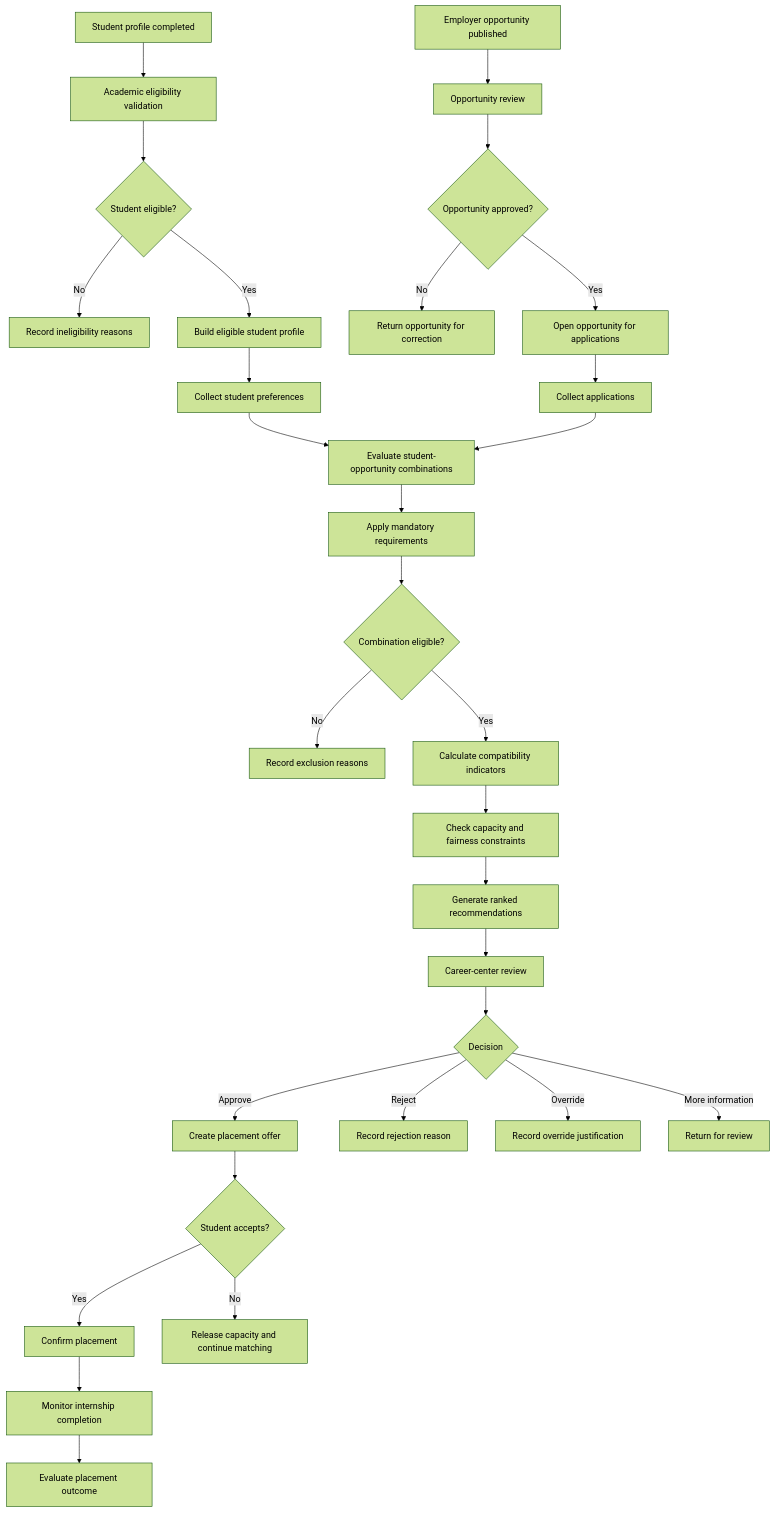
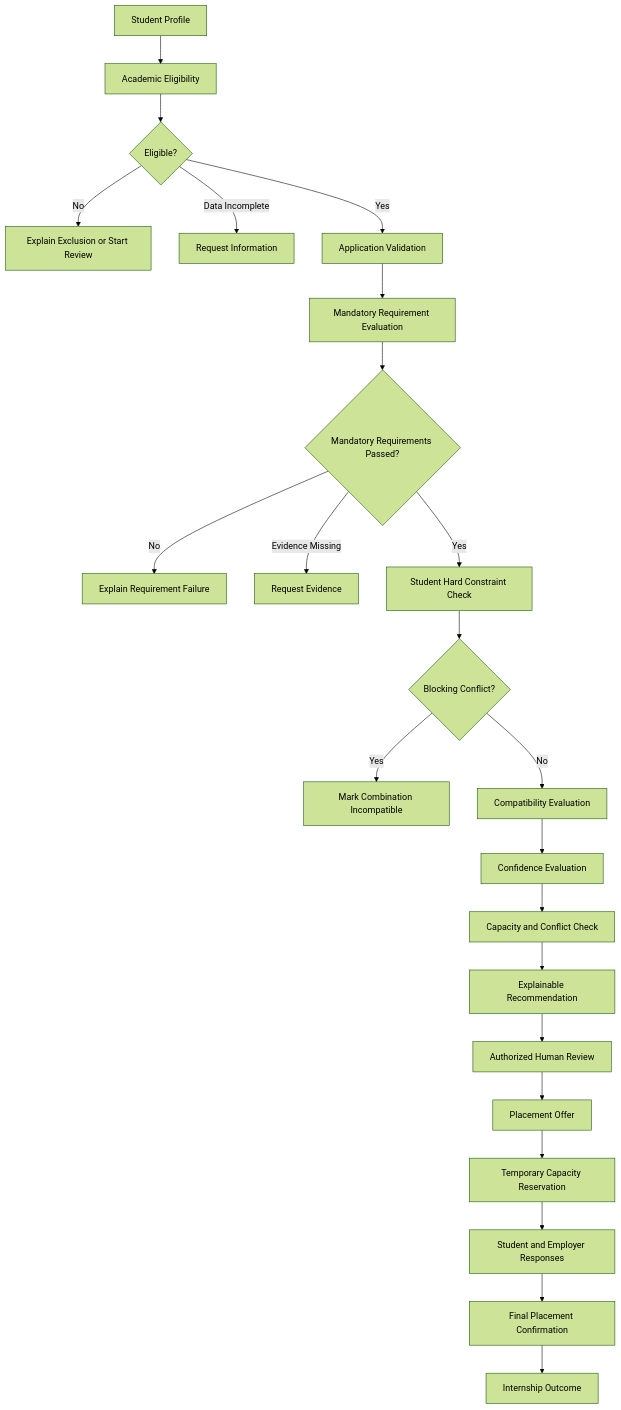
One commit to hasanerenakin/decision-systems-casebook changed the diagram in cases/02-internship-placement/README.md. Above: the diagram before and after it, drawn with Mermaid (forest theme). The commit also changed other lines of this file, not shown here.

````diff
--- a/cases/02-internship-placement/README.md
+++ b/cases/02-internship-placement/README.md
@@ -330,43 +111,30 @@
 ```mermaid
 flowchart TD
-    A[Student profile completed] --> B[Academic eligibility validation]
-    C[Employer opportunity published] --> D[Opportunity review]
+    A[Student Profile] --> B[Academic Eligibility]
+    B --> C{Eligible?}
 
-    B --> E{Student eligible?}
-    D --> F{Opportunity approved?}
+    C -- No --> D[Explain Exclusion or Start Review]
+    C -- Data Incomplete --> E[Request Information]
+    C -- Yes --> F[Application Validation]
 
-    E -- No --> G[Record ineligibility reasons]
-    F -- No --> H[Return opportunity for correction]
+    F --> G[Mandatory Requirement Evaluation]
+    G --> H{Mandatory Requirements Passed?}
 
-    E -- Yes --> I[Build eligible student profile]
-    F -- Yes --> J[Open opportunity for applications]
+    H -- No --> I[Explain Requirement Failure]
+    H -- Evidence Missing --> J[Request Evidence]
+    H -- Yes --> K[Student Hard Constraint Check]
 
-    I --> K[Collect student preferences]
-    J --> L[Collect applications]
+    K --> L{Blocking Conflict?}
+    L -- Yes --> M[Mark Combination Incompatible]
+    L -- No --> N[Compatibility Evaluation]
 
-    K --> M[Evaluate student-opportunity combinations]
-    L --> M
-
-    M --> N[Apply mandatory requirements]
-    N --> O{Combination eligible?}
-
-    O -- No --> P[Record exclusion reasons]
-    O -- Yes --> Q[Calculate compatibility indicators]
-
-    Q --> R[Check capacity and fairness constraints]
-    R --> S[Generate ranked recommendations]
-    S --> T[Career-center review]
-
-    T --> U{Decision}
-    U -- Approve --> V[Create placement offer]
-    U -- Reject --> W[Record rejection reason]
-    U -- Override --> X[Record override justification]
-    U -- More information --> Y[Return for review]
-
-    V --> Z{Student accepts?}
-    Z -- Yes --> AA[Confirm placement]
-    Z -- No --> AB[Release capacity and continue matching]
-
-    AA --> AC[Monitor internship completion]
-    AC --> AD[Evaluate placement outcome]
+    N --> O[Confidence Evaluation]
+    O --> P[Capacity and Conflict Check]
+    P --> Q[Explainable Recommendation]
+    Q --> R[Authorized Human Review]
+    R --> S[Placement Offer]
+    S --> T[Temporary Capacity Reservation]
+    T --> U[Student and Employer Responses]
+    U --> V[Final Placement Confirmation]
+    V --> W[Internship Outcome]
 ```
````
